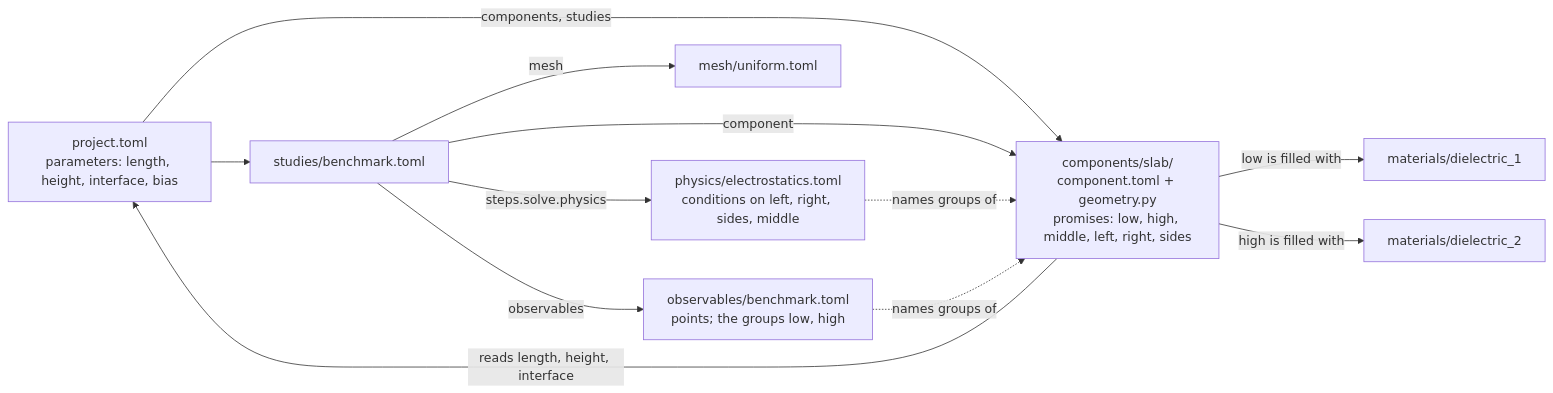
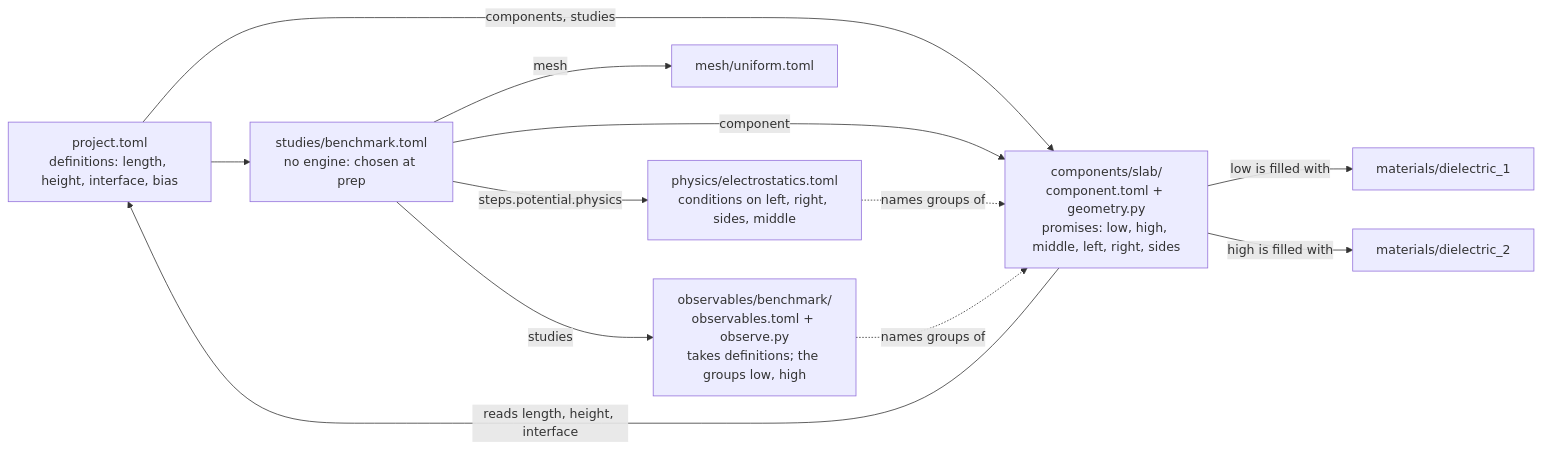
Before and after one commit to Qing-LAB/femkit: the first of 2 diagrams in docs/manual/3-write-each-part.md, drawn with Mermaid. The commit also changed other lines of this file and 512 other files, not shown here.

````diff
--- a/docs/manual/3-write-each-part.md
+++ b/docs/manual/3-write-each-part.md
@@ -20,22 +24,22 @@
 ```mermaid
 flowchart LR
-    P["project.toml<br/>parameters: length, height, interface, bias"]
+    P["project.toml<br/>definitions: length, height, interface, bias"]
     C["components/slab/<br/>component.toml + geometry.py<br/>promises: low, high, middle, left, right, sides"]
     M1["materials/dielectric_1"]
     M2["materials/dielectric_2"]
     PH["physics/electrostatics.toml<br/>conditions on left, right, sides, middle"]
     ME["mesh/uniform.toml"]
-    O["observables/benchmark.toml<br/>points; the groups low, high"]
-    S["studies/benchmark.toml"]
+    S["studies/benchmark.toml<br/>no engine: chosen at prep"]
+    O["observables/benchmark/<br/>observables.toml + observe.py<br/>takes definitions; the groups low, high"]
     P -->|"components, studies"| C
     P --> S
     C -->|"reads length, height, interface"| P
     C -->|"low is filled with"| M1
     C -->|"high is filled with"| M2
     S -->|"component"| C
-    S -->|"steps.solve.physics"| PH
+    S -->|"steps.potential.physics"| PH
     S -->|"mesh"| ME
-    S -->|"observables"| O
+    S -->|"studies"| O
     PH -.->|"names groups of"| C
     O -.->|"names groups of"| C
 ```
````
